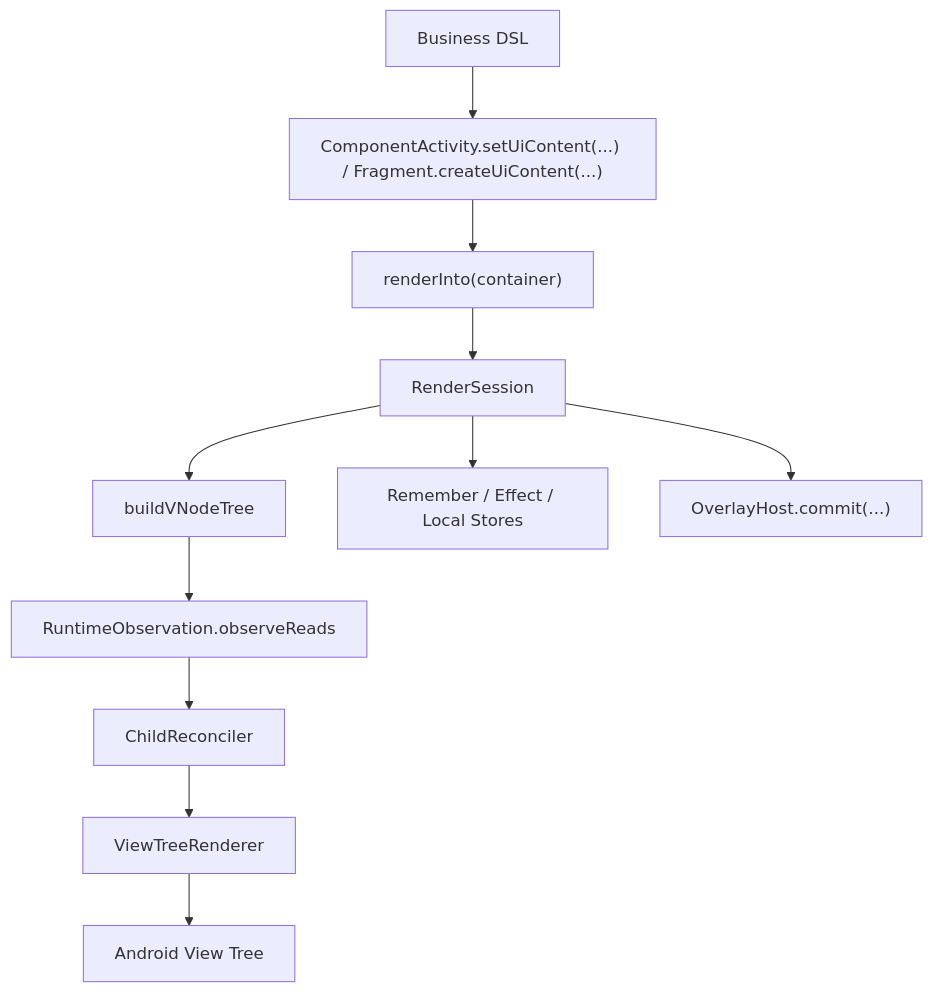
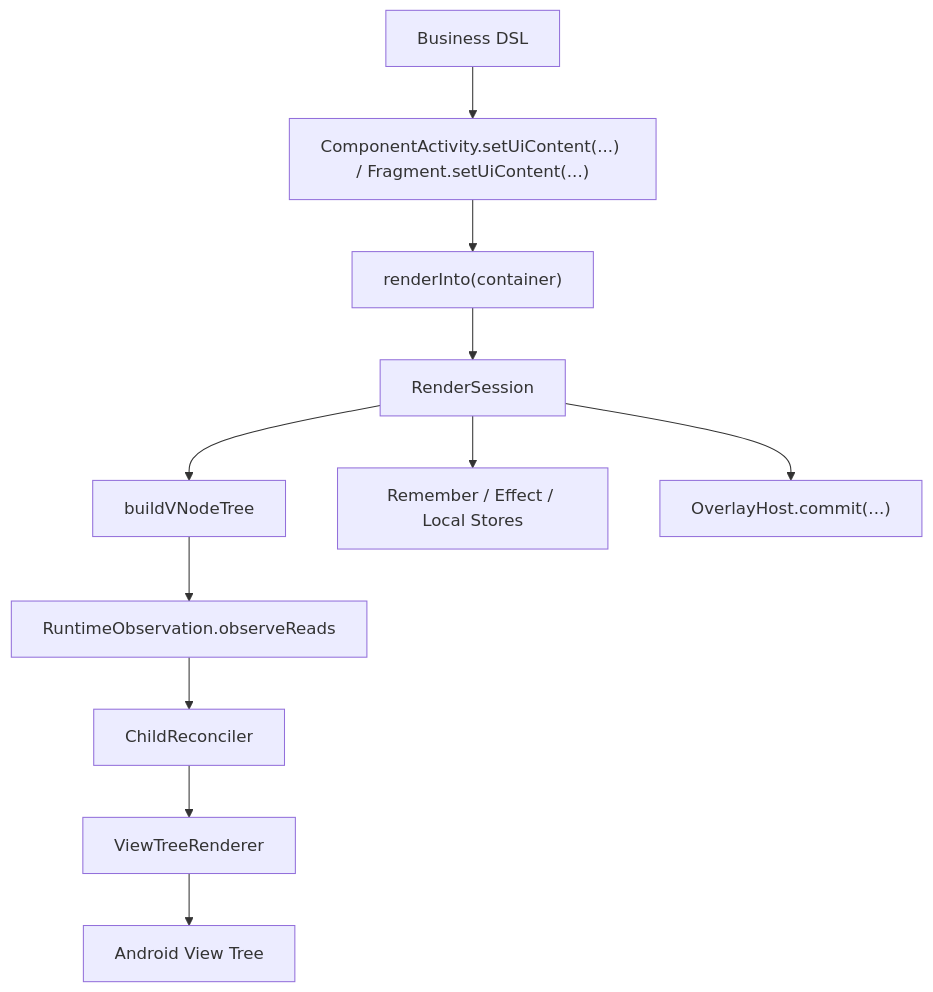
The diagram in ARCHITECTURE.md (guozhiqiang123/ViewCompose), drawn with Mermaid before and after one commit. The commit also changed other lines of this file and 4 other files, not shown here.

````diff
--- a/ARCHITECTURE.md
+++ b/ARCHITECTURE.md
@@ -58,13 +58,13 @@
 ```mermaid
 flowchart TD
-    A["Business DSL"] --> B["ComponentActivity.setUiContent(...) / Fragment.createUiContent(...)"]
+    A["Business DSL"] --> B["ComponentActivity.setUiContent(...) / Fragment.setUiContent(...)"]
     B --> C["renderInto(container)"]
     C --> D["RenderSession"]
     D --> E["buildVNodeTree"]
     E --> F["RuntimeObservation.observeReads"]
     F --> G["ChildReconciler"]
     G --> H["ViewTreeRenderer"]
     H --> I["Android View Tree"]
     D --> J["Remember / Effect / Local Stores"]
     D --> K["OverlayHost.commit(...)"]
 ```
````
